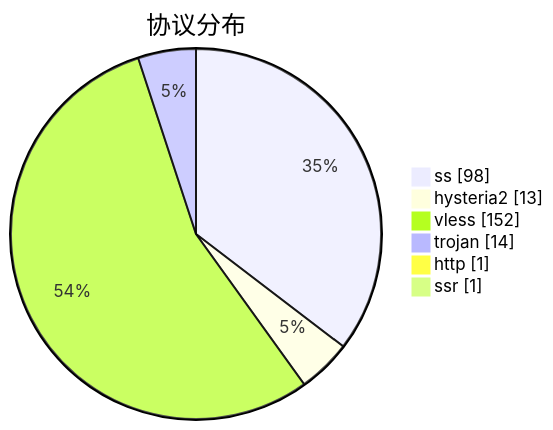
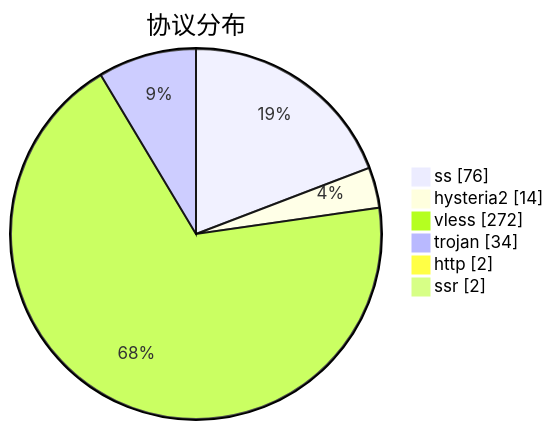
Before and after one commit to qjlxg/airport: the third of 3 diagrams in subs/statistics/tested_within.md, drawn with Mermaid. The commit also changed other lines of this file and 2 other files, not shown here.

````diff
--- a/subs/statistics/tested_within.md
+++ b/subs/statistics/tested_within.md
@@ -18,10 +19,10 @@
 ```mermaid
 pie showData
 title 协议分布
-"ss" : 98
-"hysteria2" : 13
-"vless" : 152
-"trojan" : 14
-"http" : 1
-"ssr" : 1
+"ss" : 76
+"hysteria2" : 14
+"vless" : 272
+"trojan" : 34
+"http" : 2
+"ssr" : 2
 ```
````
